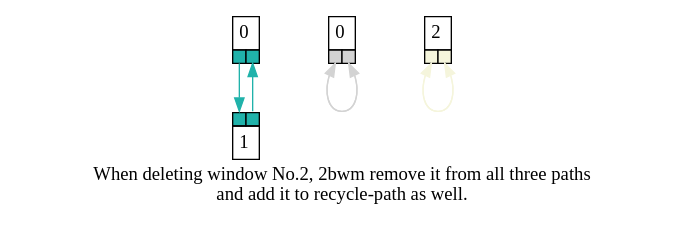
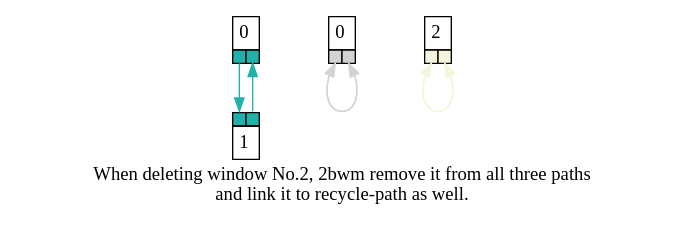
Before and after one commit to netcrop/2bwm: the diagram in src/data2.gv, drawn with Graphviz. The commit also changed 3 other files, not shown here.

```diff
--- a/src/data2.gv
+++ b/src/data2.gv
@@ -1,53 +1,53 @@
 digraph ports {
     { rank=same;n0;n3;n5}
     { rank=same;n1;}
     splines=polyline;
     n0 [shape=none,margin=0,label=<
     <table border="0" cellborder="1" cellspacing="0" cellpadding="4">
         <tr>
             <td colspan="2">0</td>
         </tr>
         <tr>
             <td port="1" bgcolor="lightseagreen"></td>
             <td port="2" bgcolor="lightseagreen"></td>
         </tr>
     </table>>];
     n1 [shape=none,margin=0,label=<
     <table border="0" cellborder="1" cellspacing="0" cellpadding="4">
         <tr>
             <td port="1" bgcolor="lightseagreen"></td>
             <td port="2" bgcolor="lightseagreen"></td>
         </tr>
         <tr>
             <td colspan="2">1</td>
         </tr>
     </table>>];
     n3 [shape=none,margin=0,label=<
     <table border="0" cellborder="1" cellspacing="0" cellpadding="4">
         <tr>
             <td colspan="2">0</td>
         </tr>
         <tr>
             <td port="1" bgcolor="lightgrey"></td>
             <td port="2" bgcolor="lightgrey"></td>
         </tr>
     </table>>];
     n5 [shape=none,margin=0,label=<
     <table border="0" cellborder="1" cellspacing="0" cellpadding="4">
         <tr>
             <td colspan="2">2</td>
         </tr>
         <tr>
             <td port="1" bgcolor="beige"></td>
             <td port="2" bgcolor="beige"></td>
         </tr>
     </table>>];
     n0:1 -> n1:1 [arrowhead=normal,color=lightseagreen;weight=10;];
     n1:2 -> n0:2 [arrowhead=normal,color=lightseagreen;weight=10];
     n3:1:s -> n3:2:s [arrowhead=normal,color=lightgrey;weight=10];
     n3:2:s -> n3:1:s [arrowhead=normal,color=lightgrey;weight=10];
     n5:1:s -> n5:2:s [arrowhead=normal,color=beige;weight=10];
     n5:2:s -> n5:1:s [arrowhead=normal,color=beige;weight=10];
 label = "When deleting window No.2, 2bwm remove it from all three paths
-and add it to recycle-path as well.";
+and link it to recycle-path as well.";
 }
```
